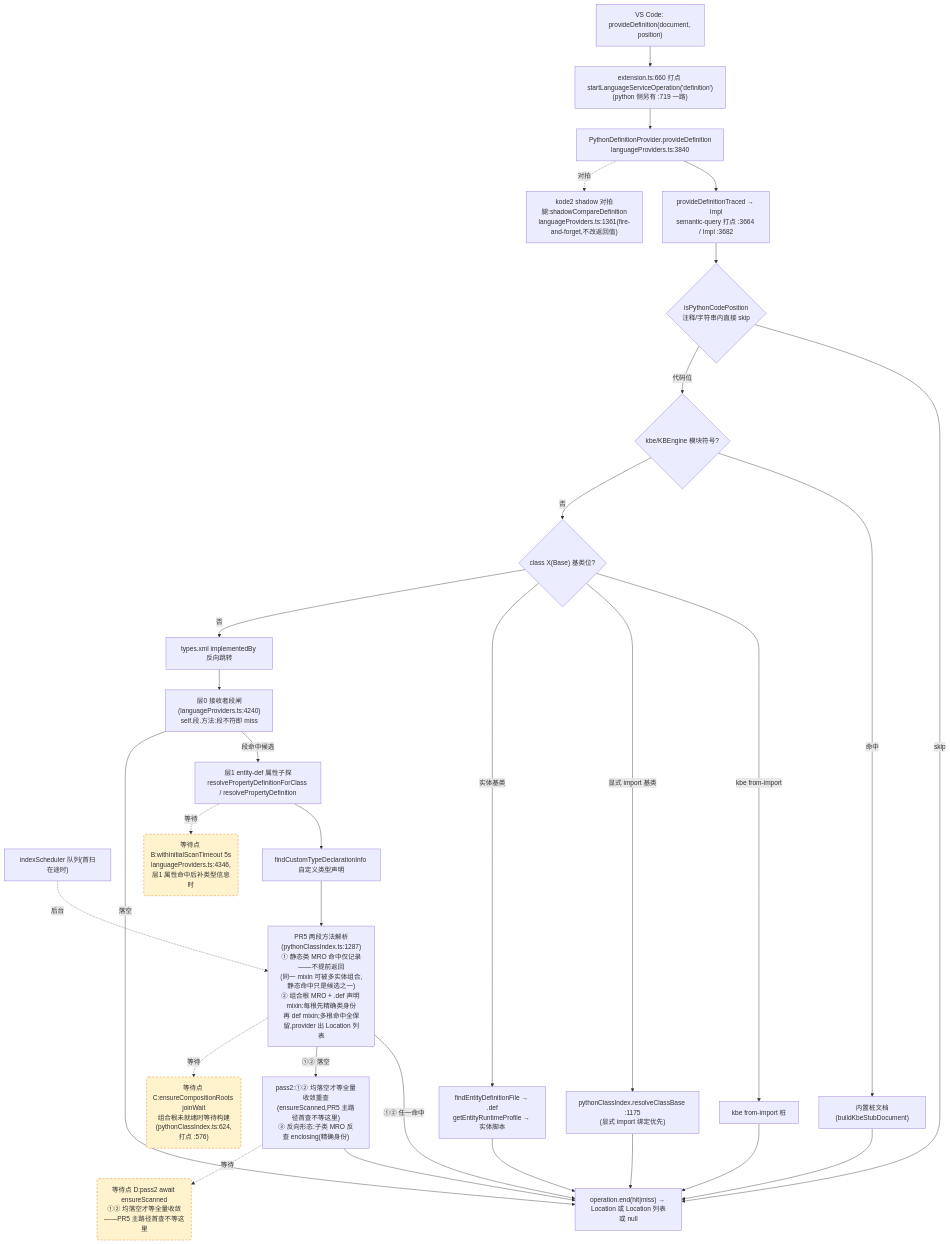
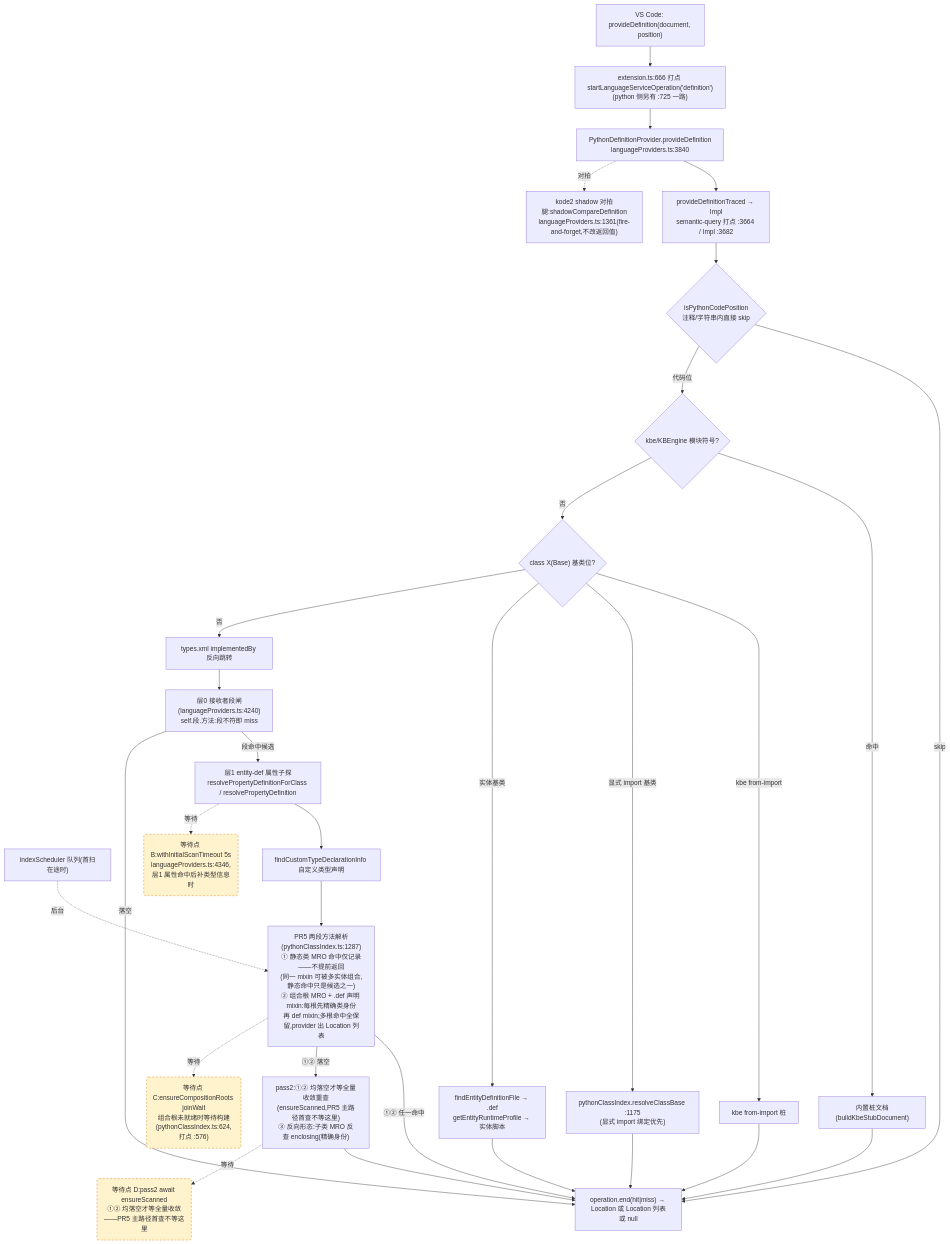
One commit to cuihairu/kode changed the second of 4 diagrams in docs/perf/2026-baseline.md. Above: the diagram before and after it, drawn with Mermaid. The commit also changed other lines of this file and 13 other files, not shown here.

````diff
--- a/docs/perf/2026-baseline.md
+++ b/docs/perf/2026-baseline.md
@@ -130,51 +130,51 @@
 ```mermaid
 flowchart TD
   VC2["VS Code: provideDefinition(document, position)"]
-  M2["extension.ts:660 打点 startLanguageServiceOperation('definition')<br/>(python 侧另有 :719 一路)"]
+  M2["extension.ts:666 打点 startLanguageServiceOperation('definition')<br/>(python 侧另有 :725 一路)"]
   AD2["PythonDefinitionProvider.provideDefinition<br/>languageProviders.ts:3840"]
   TR["provideDefinitionTraced → Impl<br/>semantic-query 打点 :3664 / Impl :3682"]
   CTX{"isPythonCodePosition<br/>注释/字符串内直接 skip"}
   KBE{"kbe/KBEngine 模块符号?"}
   STUB["内置桩文档(buildKbeStubDocument)"]
   CB{"class X(Base) 基类位?"}
   CB1["kbe from-import 桩"]
   CB2["pythonClassIndex.resolveClassBase :1175<br/>(显式 import 绑定优先)"]
   CB3["findEntityDefinitionFile → .def<br/>getEntityRuntimeProfile → 实体脚本"]
   REV["types.xml implementedBy 反向跳转"]
   L0["层0 接收者段闸(languageProviders.ts:4240)<br/>self.段.方法:段不符即 miss"]
   L1["层1 entity-def 属性子探<br/>resolvePropertyDefinitionForClass / resolvePropertyDefinition"]
   SCAN["indexScheduler 队列(首扫在途时)"]
   TY["findCustomTypeDeclarationInfo 自定义类型声明"]
   MRO["PR5 两段方法解析(pythonClassIndex.ts:1287)<br/>① 静态类 MRO 命中仅记录——不提前返回<br/>(同一 mixin 可被多实体组合,静态命中只是候选之一)<br/>② 组合根 MRO + .def 声明 mixin:每根先精确类身份<br/>再 def mixin;多根命中全保留,provider 出 Location 列表"]
   PASS2["pass2:①② 均落空才等全量收敛重查<br/>(ensureScanned,PR5 主路径首查不等这里)<br/>③ 反向形态:子类 MRO 反查 enclosing(精确身份)"]
   SHD["kode2 shadow 对拍腿:shadowCompareDefinition<br/>languageProviders.ts:1361(fire-and-forget,不改返回值)"]
   END2["operation.end(hit|miss) → Location 或 Location 列表或 null"]
 
   VC2 --> M2 --> AD2 --> TR --> CTX
   CTX -- "skip" --> END2
   CTX -- "代码位" --> KBE
   KBE -- "命中" --> STUB --> END2
   KBE -- "否" --> CB
   CB -- "kbe from-import" --> CB1 --> END2
   CB -- "显式 import 基类" --> CB2 --> END2
   CB -- "实体基类" --> CB3 --> END2
   CB -- "否" --> REV --> L0
   L0 -- "段命中候选" --> L1
   L0 -- "落空" --> END2
   L1 --> TY
   TY --> MRO
   MRO -- "①② 任一命中" --> END2
   MRO -- "①② 落空" --> PASS2 --> END2
   AD2 -.->|对拍| SHD
 
   WAITB("等待点 B:withInitialScanTimeout 5s<br/>languageProviders.ts:4346,层1 属性命中后补类型信息时")
   WAITC("等待点 C:ensureCompositionRoots joinWait<br/>组合根未就绪时等待构建(pythonClassIndex.ts:624,打点 :576)")
   WAITD("等待点 D:pass2 await ensureScanned<br/>①② 均落空才等全量收敛——PR5 主路径首查不等这里")
   L1 -.->|等待| WAITB
   MRO -.->|等待| WAITC
   PASS2 -.->|等待| WAITD
   SCAN -.->|后台| MRO
 
   classDef waitPoint fill:#fff3cd,stroke:#d97706,stroke-dasharray:5 4;
   class WAITB,WAITC,WAITD waitPoint;
 ```
````
